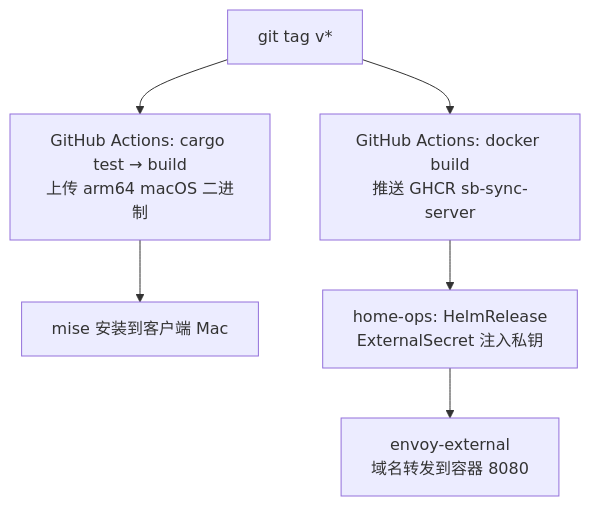
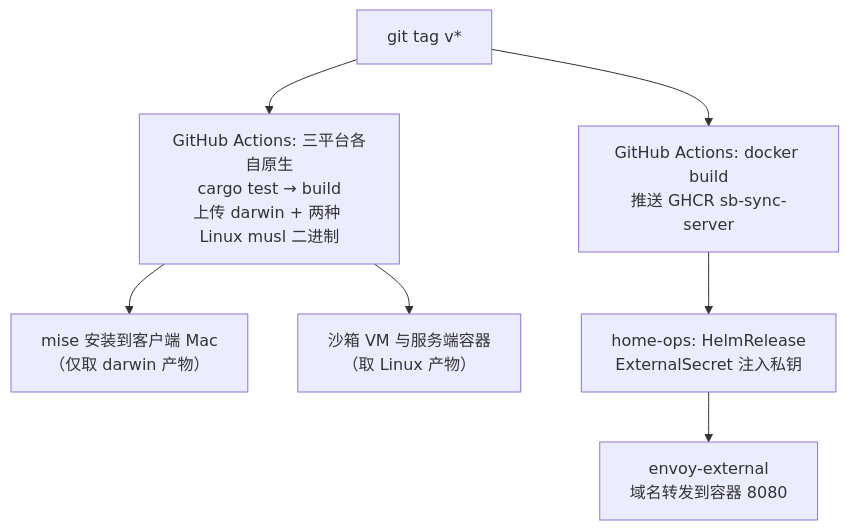
Before and after one commit to shelken/proxy: the fourth of 4 diagrams in docs/sb-sync.md, drawn with Mermaid. The commit also changed other lines of this file and 4 other files, not shown here.

First line of the commit message:
feat(sb-sync): release 产出两种 Linux 静态二进制，服务端支持 SING_BOX

````diff
--- a/docs/sb-sync.md
+++ b/docs/sb-sync.md
@@ -256,8 +257,9 @@
 ```mermaid
 flowchart TD
-    TAG["git tag v*"] --> BIN["GitHub Actions: cargo test → build<br/>上传 arm64 macOS 二进制"]
+    TAG["git tag v*"] --> BIN["GitHub Actions: 三平台各自原生<br/>cargo test → build<br/>上传 darwin + 两种 Linux musl 二进制"]
     TAG --> IMG["GitHub Actions: docker build<br/>推送 GHCR sb-sync-server"]
-    BIN --> MISE["mise 安装到客户端 Mac"]
+    BIN --> MISE["mise 安装到客户端 Mac<br/>（仅取 darwin 产物）"]
+    BIN --> BOX["沙箱 VM 与服务端容器<br/>（取 Linux 产物）"]
     IMG --> HO["home-ops: HelmRelease<br/>ExternalSecret 注入私钥"]
     HO --> GW["envoy-external<br/>域名转发到容器 8080"]
 ```
````
